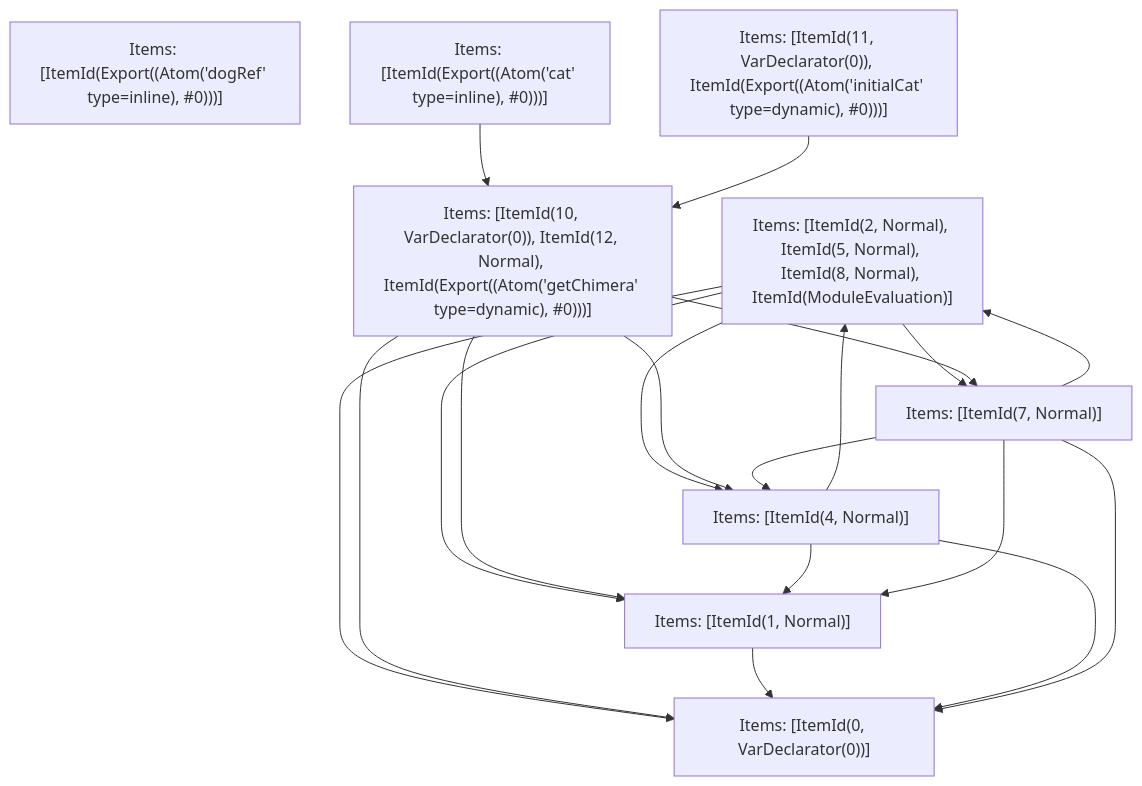
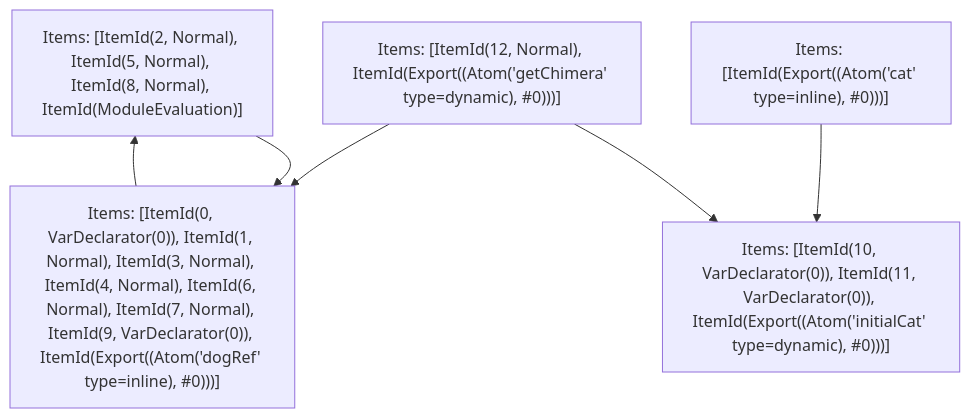
Before and after one commit to vercel/turborepo: the fifth of 5 diagrams in crates/turbopack-ecmascript/tests/tree-shaker/analyzer/complex/output.md, drawn with Mermaid. The commit also changed other lines of this file and 3 other files, not shown here.

````diff
--- a/crates/turbopack-ecmascript/tests/tree-shaker/analyzer/complex/output.md
+++ b/crates/turbopack-ecmascript/tests/tree-shaker/analyzer/complex/output.md
@@ -373,30 +373,13 @@
 ```mermaid
 graph TD
     N0["Items: [ItemId(2, Normal), ItemId(5, Normal), ItemId(8, Normal), ItemId(ModuleEvaluation)]"];
-    N1["Items: [ItemId(Export((Atom('dogRef' type=inline), #0)))]"];
+    N1["Items: [ItemId(0, VarDeclarator(0)), ItemId(1, Normal), ItemId(3, Normal), ItemId(4, Normal), ItemId(6, Normal), ItemId(7, Normal), ItemId(9, VarDeclarator(0)), ItemId(Export((Atom('dogRef' type=inline), #0)))]"];
     N2["Items: [ItemId(Export((Atom('cat' type=inline), #0)))]"];
-    N3["Items: [ItemId(11, VarDeclarator(0)), ItemId(Export((Atom('initialCat' type=dynamic), #0)))]"];
-    N4["Items: [ItemId(10, VarDeclarator(0)), ItemId(12, Normal), ItemId(Export((Atom('getChimera' type=dynamic), #0)))]"];
-    N5["Items: [ItemId(0, VarDeclarator(0))]"];
-    N6["Items: [ItemId(1, Normal)]"];
-    N7["Items: [ItemId(4, Normal)]"];
-    N8["Items: [ItemId(7, Normal)]"];
-    N0 --> N5;
-    N0 --> N6;
-    N0 --> N7;
-    N0 --> N8;
-    N2 --> N4;
-    N3 --> N4;
-    N4 --> N5;
-    N4 --> N6;
-    N4 --> N7;
-    N4 --> N8;
-    N6 --> N5;
-    N7 --> N5;
-    N7 --> N6;
-    N7 --> N0;
-    N8 --> N5;
-    N8 --> N6;
-    N8 --> N7;
-    N8 --> N0;
+    N3["Items: [ItemId(10, VarDeclarator(0)), ItemId(11, VarDeclarator(0)), ItemId(Export((Atom('initialCat' type=dynamic), #0)))]"];
+    N4["Items: [ItemId(12, Normal), ItemId(Export((Atom('getChimera' type=dynamic), #0)))]"];
+    N0 --> N1;
+    N1 --> N0;
+    N2 --> N3;
+    N4 --> N3;
+    N4 --> N1;
 ```
````
